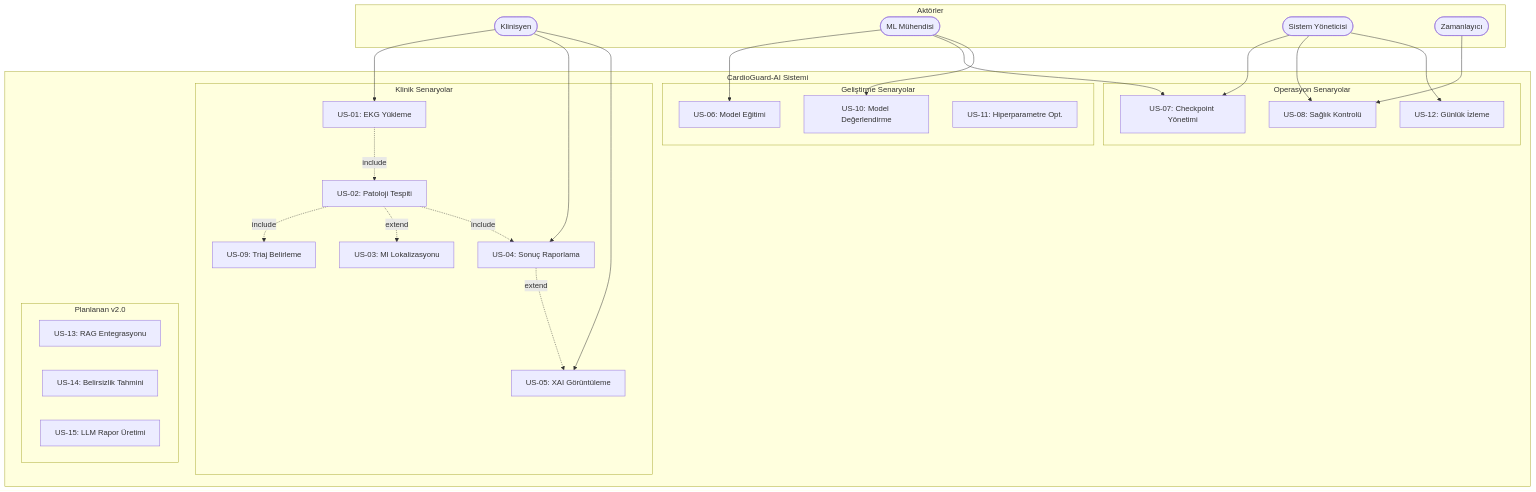
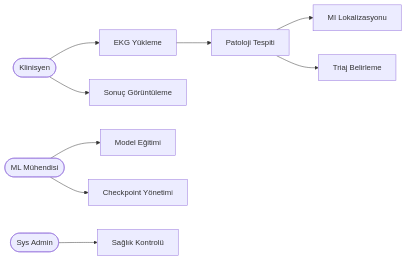
The diagram in docs/diagrams/02_use_case_diagram.md (mUsaulug/CardioGuard-AI), drawn with Mermaid before and after one commit. The commit also changed other lines of this file, not shown here.

````diff
--- a/docs/diagrams/02_use_case_diagram.md
+++ b/docs/diagrams/02_use_case_diagram.md
@@ -30,58 +15,18 @@
 ```mermaid
-graph TD
-    subgraph Aktorler["Aktörler"]
-        A1(["Klinisyen"])
-        A2(["ML Mühendisi"])
-        A3(["Sistem Yöneticisi"])
-        A4(["Zamanlayıcı"])
-    end
+graph LR
+    A1(["Klinisyen"])
+    A2(["ML Mühendisi"])
+    A3(["Sys Admin"])
     
-    subgraph Sistem["CardioGuard-AI Sistemi"]
-        subgraph Klinik["Klinik Senaryolar"]
-            UC1["US-01: EKG Yükleme"]
-            UC2["US-02: Patoloji Tespiti"]
-            UC3["US-03: MI Lokalizasyonu"]
-            UC4["US-04: Sonuç Raporlama"]
-            UC5["US-05: XAI Görüntüleme"]
-            UC9["US-09: Triaj Belirleme"]
-        end
-        
-        subgraph Gelistirme["Geliştirme Senaryolar"]
-            UC6["US-06: Model Eğitimi"]
-            UC10["US-10: Model Değerlendirme"]
-            UC11["US-11: Hiperparametre Opt."]
-        end
-        
-        subgraph Operasyon["Operasyon Senaryolar"]
-            UC7["US-07: Checkpoint Yönetimi"]
-            UC8["US-08: Sağlık Kontrolü"]
-            UC12["US-12: Günlük İzleme"]
-        end
-        
-        subgraph Planlanan["Planlanan v2.0"]
-            UC13["US-13: RAG Entegrasyonu"]
-            UC14["US-14: Belirsizlik Tahmini"]
-            UC15["US-15: LLM Rapor Üretimi"]
-        end
-    end
+    A1 --> UC1["EKG Yükleme"]
+    A1 --> UC4["Sonuç Görüntüleme"]
     
-    A1 --> UC1
-    A1 --> UC4
-    A1 --> UC5
+    UC1 --> UC2["Patoloji Tespiti"]
+    UC2 --> UC3["MI Lokalizasyonu"]
+    UC2 --> UC9["Triaj Belirleme"]
     
-    A2 --> UC6
-    A2 --> UC7
-    A2 --> UC10
+    A2 --> UC6["Model Eğitimi"]
+    A2 --> UC7["Checkpoint Yönetimi"]
     
-    A3 --> UC7
-    A3 --> UC8
-    A3 --> UC12
-    
-    A4 --> UC8
-    
-    UC1 -.->|include| UC2
-    UC2 -.->|include| UC9
-    UC2 -.->|extend| UC3
-    UC2 -.->|include| UC4
-    UC4 -.->|extend| UC5
+    A3 --> UC8["Sağlık Kontrolü"]
 ```
````
